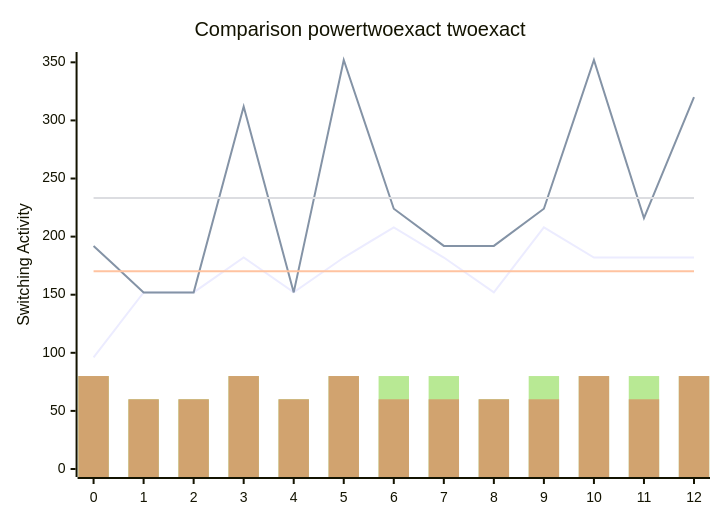
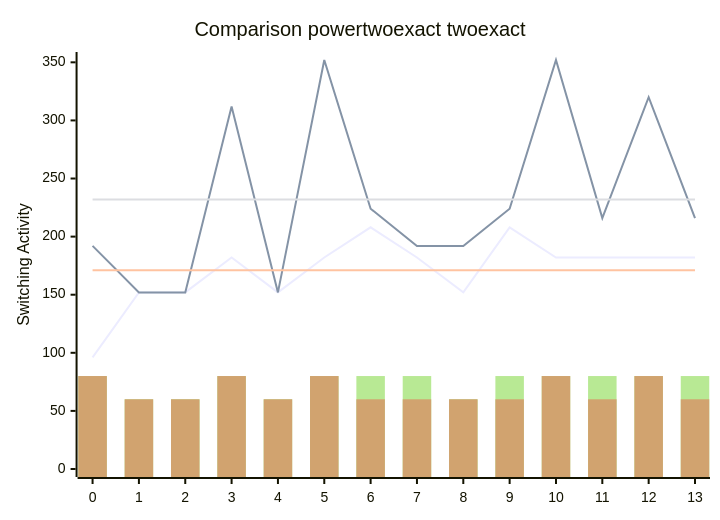
Before and after one commit to FeldmeierMichael/Exact-Power-Synthesis: the diagram in benchmark.md, drawn with Mermaid. The commit also changed other lines of this file and 2 other files, not shown here.

````diff
--- a/benchmark.md
+++ b/benchmark.md
@@ -27,12 +29,12 @@
 ```mermaid
 xychart-beta
     title "Comparison powertwoexact twoexact"
-    x-axis [0, 1, 2, 3, 4, 5, 6, 7, 8, 9, 10, 11, 12]
+    x-axis [0, 1, 2, 3, 4, 5, 6, 7, 8, 9, 10, 11, 12, 13]
     y-axis "Switching Activity" 0-->352
-    line [96, 152, 152, 182, 152, 182, 208, 182, 152, 208, 182, 182, 182]
-    line [192, 152, 152, 312, 152, 352, 224, 192, 192, 224, 352, 216, 320]
-    line [170.15384615384616, 170.15384615384616, 170.15384615384616, 170.15384615384616, 170.15384615384616, 170.15384615384616, 170.15384615384616, 170.15384615384616, 170.15384615384616, 170.15384615384616, 170.15384615384616, 170.15384615384616, 170.15384615384616]
-    line [233.23076923076923, 233.23076923076923, 233.23076923076923, 233.23076923076923, 233.23076923076923, 233.23076923076923, 233.23076923076923, 233.23076923076923, 233.23076923076923, 233.23076923076923, 233.23076923076923, 233.23076923076923, 233.23076923076923]
-    bar [80, 60, 60, 80, 60, 80, 80, 80, 60, 80, 80, 80, 80]
-    bar [80, 60, 60, 80, 60, 80, 60, 60, 60, 60, 80, 60, 80]
+    line [96, 152, 152, 182, 152, 182, 208, 182, 152, 208, 182, 182, 182, 182]
+    line [192, 152, 152, 312, 152, 352, 224, 192, 192, 224, 352, 216, 320, 216]
+    line [171.0, 171.0, 171.0, 171.0, 171.0, 171.0, 171.0, 171.0, 171.0, 171.0, 171.0, 171.0, 171.0, 171.0]
+    line [232.0, 232.0, 232.0, 232.0, 232.0, 232.0, 232.0, 232.0, 232.0, 232.0, 232.0, 232.0, 232.0, 232.0]
+    bar [80, 60, 60, 80, 60, 80, 80, 80, 60, 80, 80, 80, 80, 80]
+    bar [80, 60, 60, 80, 60, 80, 60, 60, 60, 60, 80, 60, 80, 60]
 ```
````
